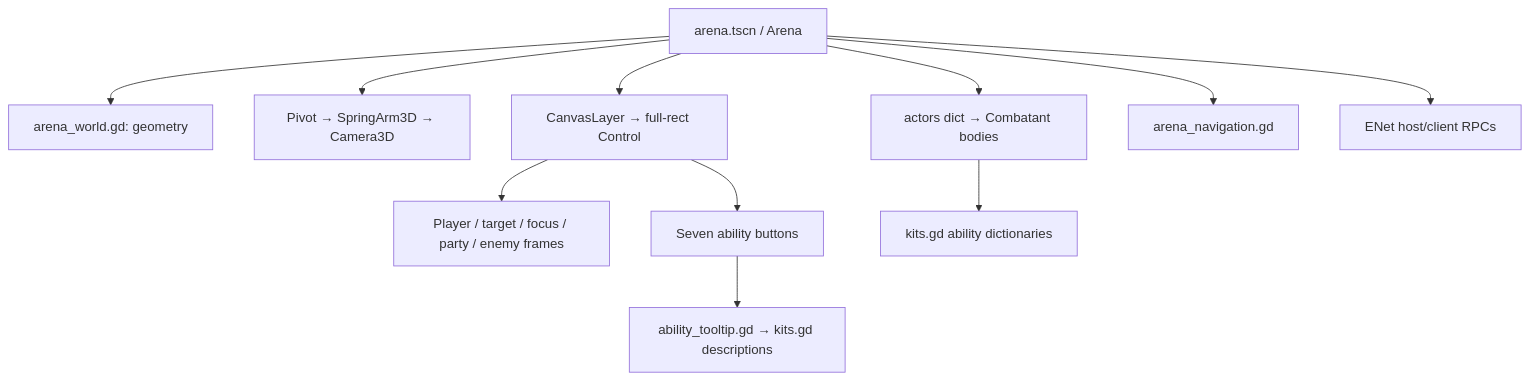
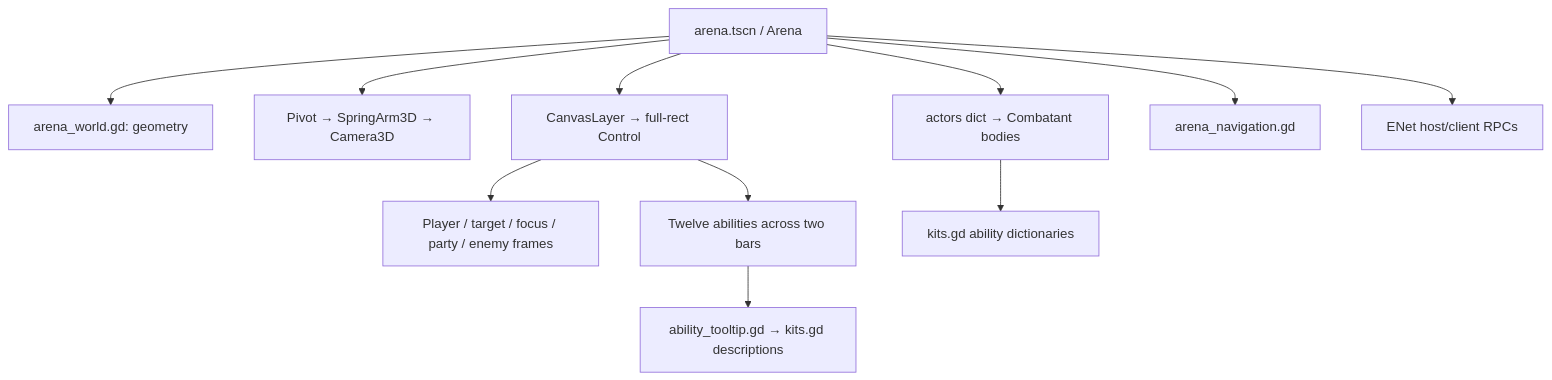
Before and after one commit to mrwells99/starfall: the diagram in docs/TECHNICAL_ARCHITECTURE.md, drawn with Mermaid. The commit also changed other lines of this file and 77 other files, not shown here.

````diff
--- a/docs/TECHNICAL_ARCHITECTURE.md
+++ b/docs/TECHNICAL_ARCHITECTURE.md
@@ -52,13 +53,13 @@
 ```mermaid
 flowchart TD
     Scene[arena.tscn / Arena] --> World[arena_world.gd: geometry]
     Scene --> Camera[Pivot → SpringArm3D → Camera3D]
     Scene --> GUI[CanvasLayer → full-rect Control]
     GUI --> Frames[Player / target / focus / party / enemy frames]
-    GUI --> Hotbar[Seven ability buttons]
+    GUI --> Hotbar[Twelve abilities across two bars]
     Hotbar --> Tooltip[ability_tooltip.gd → kits.gd descriptions]
     Scene --> Actors[actors dict → Combatant bodies]
     Actors --> Kits[kits.gd ability dictionaries]
     Scene --> Nav[arena_navigation.gd]
     Scene --> Net[ENet host/client RPCs]
 ```
````
